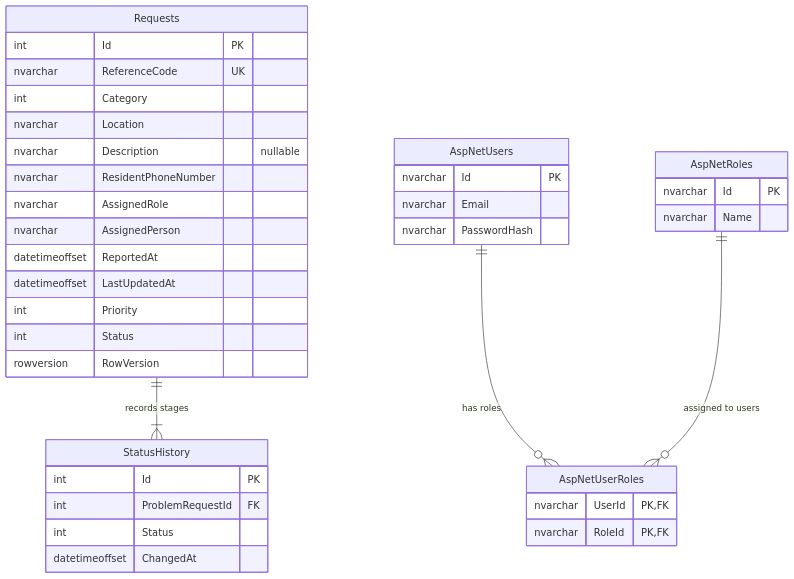
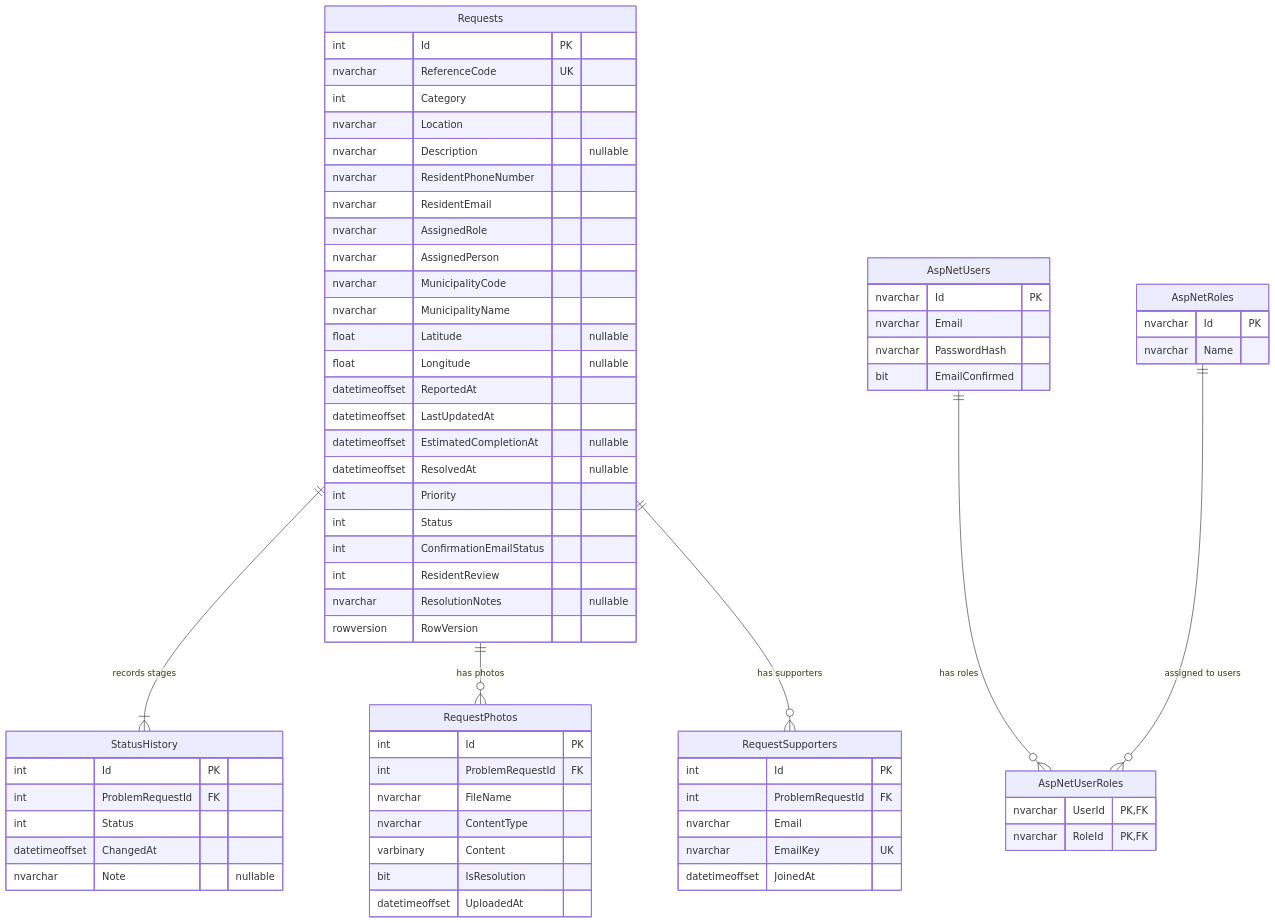
The diagram in docs/database-diagram.md (Zander202/ReportSa), drawn with Mermaid before and after one commit. The commit also changed other lines of this file and 6 other files, not shown here.

````diff
--- a/docs/database-diagram.md
+++ b/docs/database-diagram.md
@@ -3,40 +5,77 @@
 ```mermaid
 erDiagram
     Requests ||--|{ StatusHistory : "records stages"
+    Requests ||--o{ RequestPhotos : "has photos"
+    Requests ||--o{ RequestSupporters : "has supporters"
     AspNetUsers ||--o{ AspNetUserRoles : "has roles"
     AspNetRoles ||--o{ AspNetUserRoles : "assigned to users"
+
     Requests {
         int Id PK
         nvarchar ReferenceCode UK
         int Category
         nvarchar Location
         nvarchar Description "nullable"
         nvarchar ResidentPhoneNumber
+        nvarchar ResidentEmail
         nvarchar AssignedRole
         nvarchar AssignedPerson
+        nvarchar MunicipalityCode
+        nvarchar MunicipalityName
+        float Latitude "nullable"
+        float Longitude "nullable"
         datetimeoffset ReportedAt
         datetimeoffset LastUpdatedAt
+        datetimeoffset EstimatedCompletionAt "nullable"
+        datetimeoffset ResolvedAt "nullable"
         int Priority
         int Status
+        int ConfirmationEmailStatus
+        int ResidentReview
+        nvarchar ResolutionNotes "nullable"
         rowversion RowVersion
     }
+
     StatusHistory {
         int Id PK
         int ProblemRequestId FK
         int Status
         datetimeoffset ChangedAt
+        nvarchar Note "nullable"
     }
+
+    RequestPhotos {
+        int Id PK
+        int ProblemRequestId FK
+        nvarchar FileName
+        nvarchar ContentType
+        varbinary Content
+        bit IsResolution
+        datetimeoffset UploadedAt
+    }
+
+    RequestSupporters {
+        int Id PK
+        int ProblemRequestId FK
+        nvarchar Email
+        nvarchar EmailKey UK
+        datetimeoffset JoinedAt
+    }
+
     AspNetUsers {
         nvarchar Id PK
         nvarchar Email
         nvarchar PasswordHash
+        bit EmailConfirmed
     }
+
     AspNetRoles {
         nvarchar Id PK
         nvarchar Name
     }
+
     AspNetUserRoles {
         nvarchar UserId PK,FK
         nvarchar RoleId PK,FK
     }
 ```
````
